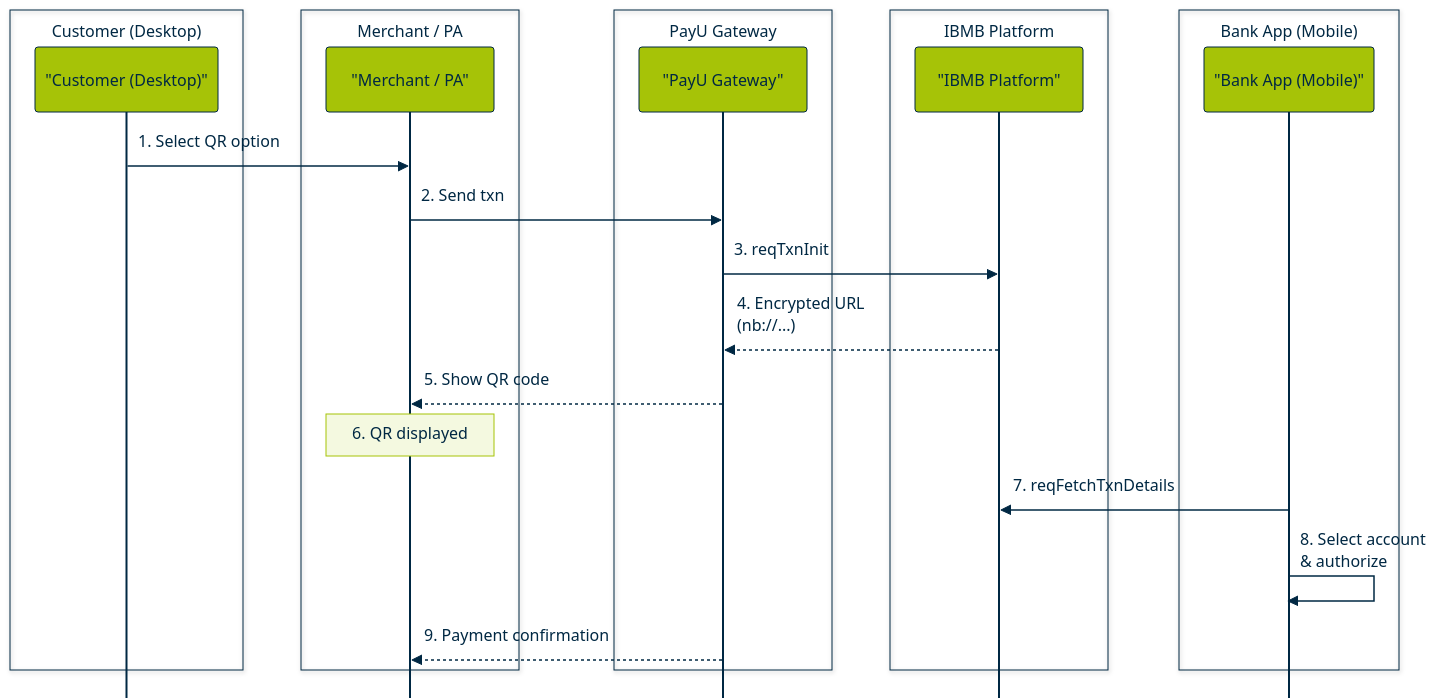
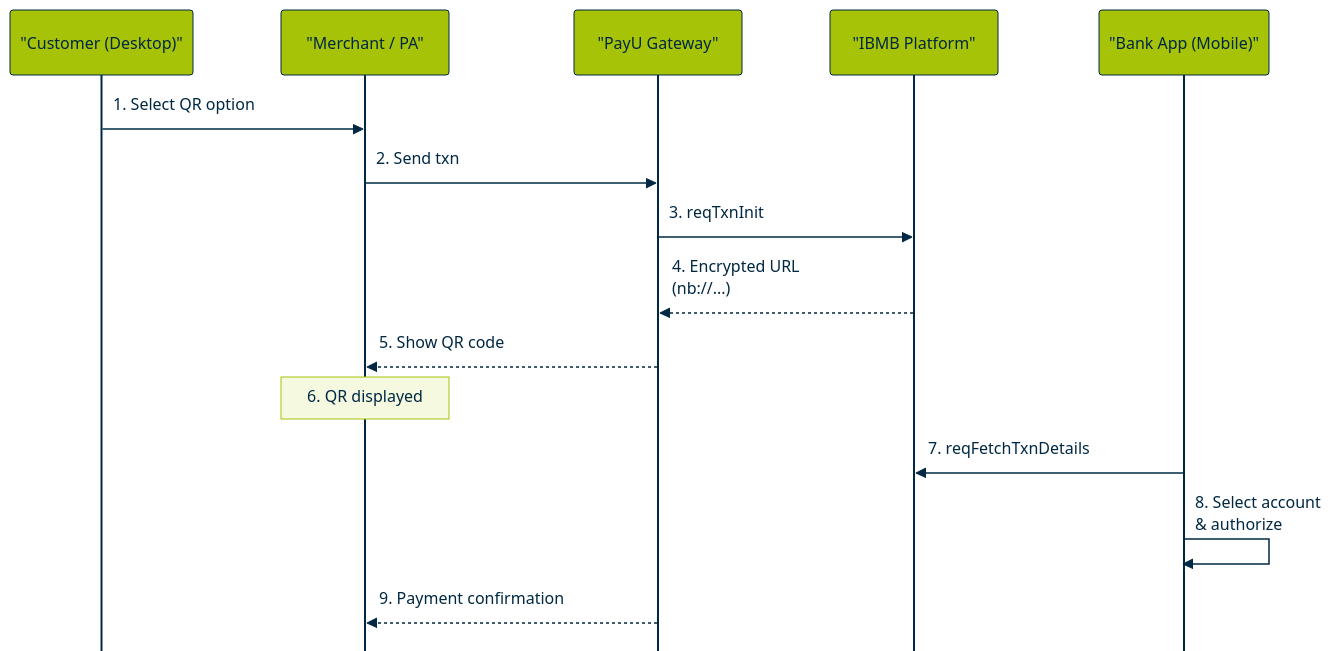
Before and after one commit to payu-india/CMS-Chatbot: the fifth of 5 diagrams in docs/Offerings/banking-connect-ibmb-or-nbbl/nbbl-overview.md, drawn with Mermaid. The commit also changed other lines of this file, not shown here.

Commit message:
Updated "NBBL Overview with Merchant Hosted" in docs

````diff
--- a/docs/Offerings/banking-connect-ibmb-or-nbbl/nbbl-overview.md
+++ b/docs/Offerings/banking-connect-ibmb-or-nbbl/nbbl-overview.md
@@ -284,69 +315,59 @@
 ```mermaid
 %%{init: {
   "theme": "base",
   "sequence": {
     "mirrorActors": false,
     "rightAngles": true,
     "messageAlign": "left",
     "fontSize": 10,
     "actorFontSize": 10,
     "noteFontSize": 10,
     "actorMargin": 88,
     "width": 168,
     "boxMargin": 10,
     "messageMargin": 38,
     "diagramMarginX": 60,
     "diagramMarginY": 18
   },
   "themeVariables": {
     "fontFamily": "Arial, Helvetica, sans-serif",
     "fontSize": "10px",
     "background": "#FFFFFF",
     "primaryColor": "#A6C307",
     "primaryTextColor": "#002843",
     "primaryBorderColor": "#002843",
     "secondaryColor": "#F4F9E0",
     "lineColor": "#002843",
     "textColor": "#002843",
     "actorBkg": "#A6C307",
     "actorBorder": "#002843",
     "actorTextColor": "#002843",
     "actorLineColor": "#002843",
     "signalColor": "#002843",
     "signalTextColor": "#002843",
     "labelBoxBkgColor": "#F4F9E0",
     "labelBoxBorderColor": "#A6C307",
     "noteBkgColor": "#F4F9E0",
     "noteTextColor": "#002843",
     "noteBorderColor": "#A6C307",
     "activationBkgColor": "#E8F0C4",
     "activationBorderColor": "#002843"
   }
 }}%%
 sequenceDiagram
-    box Customer (Desktop)
-        participant CustDesktop as "Customer (Desktop)"
-    end
-    box Merchant / PA
-        participant MerchantPA as "Merchant / PA"
-    end
-    box PayU Gateway
-        participant PayU as "PayU Gateway"
-    end
-    box IBMB Platform
-        participant IBMB as "IBMB Platform"
-    end
-    box Bank App (Mobile)
-        participant BankApp as "Bank App (Mobile)"
-    end
+    participant CustDesktop as "Customer (Desktop)"
+    participant MerchantPA as "Merchant / PA"
+    participant PayU as "PayU Gateway"
+    participant IBMB as "IBMB Platform"
+    participant BankApp as "Bank App (Mobile)"
 
     CustDesktop->>MerchantPA: 1. Select QR option
     MerchantPA->>PayU: 2. Send txn
     PayU->>IBMB: 3. reqTxnInit
     IBMB-->>PayU: 4. Encrypted URL<br/>(nb://...)
     PayU-->>MerchantPA: 5. Show QR code
     Note over MerchantPA: 6. QR displayed
     BankApp->>IBMB: 7. reqFetchTxnDetails
     BankApp->>BankApp: 8. Select account<br/>& authorize
     PayU-->>MerchantPA: 9. Payment confirmation
 ```
````
